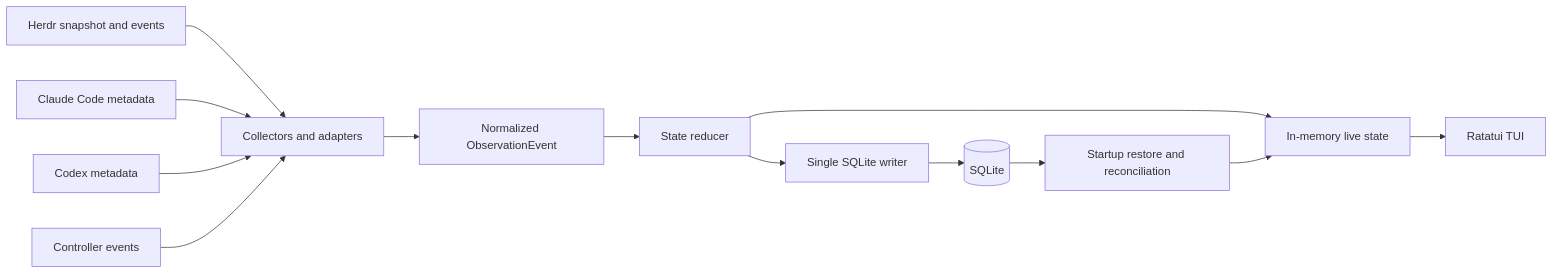
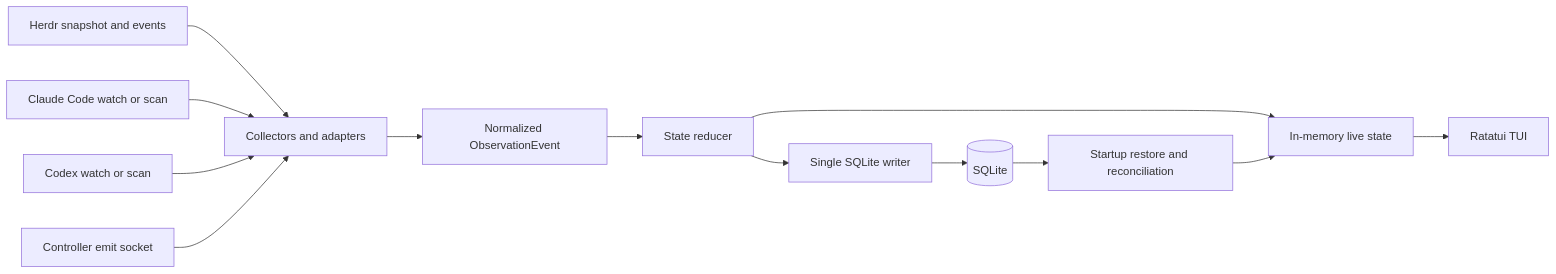
The diagram in docs/design/herdr-top-mvp.md (mageyuki/herdr-top), drawn with Mermaid before and after one commit. The commit also changed other lines of this file, not shown here.

````diff
--- a/docs/design/herdr-top-mvp.md
+++ b/docs/design/herdr-top-mvp.md
@@ -252,15 +298,15 @@
 ```mermaid
 flowchart LR
     H["Herdr snapshot and events"] --> C["Collectors and adapters"]
-    CL["Claude Code metadata"] --> C
-    CX["Codex metadata"] --> C
-    CT["Controller events"] --> C
+    CL["Claude Code watch or scan"] --> C
+    CX["Codex watch or scan"] --> C
+    CT["Controller emit socket"] --> C
     C --> N["Normalized ObservationEvent"]
     N --> R["State reducer"]
     R --> M["In-memory live state"]
     M --> T["Ratatui TUI"]
     R --> W["Single SQLite writer"]
     W --> D[("SQLite")]
     D --> B["Startup restore and reconciliation"]
     B --> M
 ```
````
